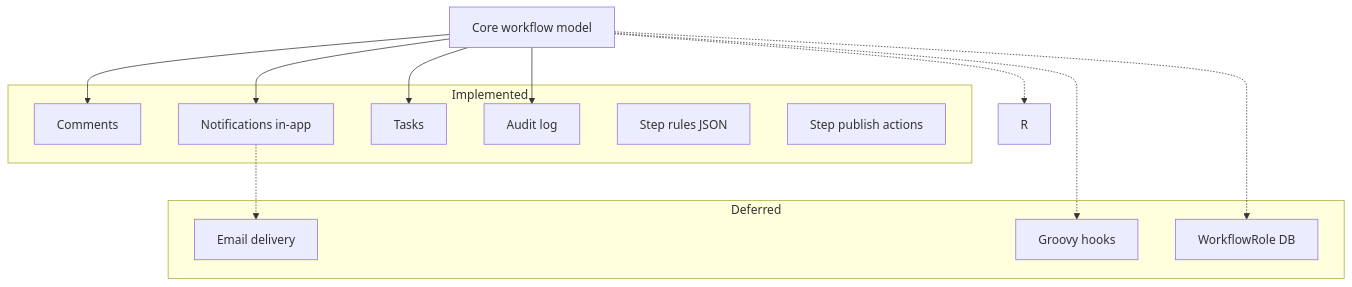
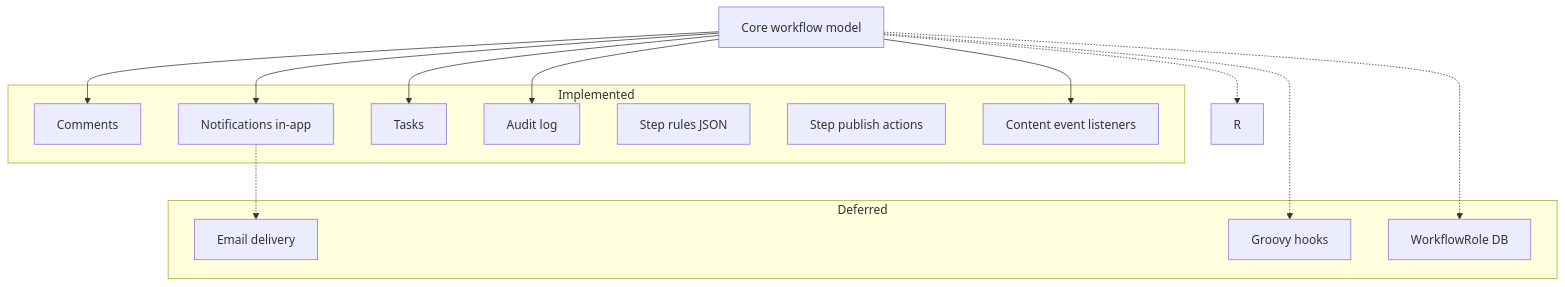
Before and after one commit to russdanner/plugin-studio-workflow: the diagram in docs/EXTENSIONS.md, drawn with Mermaid. The commit also changed other lines of this file and 75 other files, not shown here.

````diff
--- a/docs/EXTENSIONS.md
+++ b/docs/EXTENSIONS.md
@@ -16,26 +18,28 @@
 ```mermaid
 flowchart TB
     subgraph Implemented["Implemented"]
         CM[Comments]
         N[Notifications in-app]
         T[Tasks]
         A[Audit log]
         SR[Step rules JSON]
         SA[Step publish actions]
+        EL[Content event listeners]
     end
 
     subgraph Deferred["Deferred"]
         E[Email delivery]
         H[Groovy hooks]
         WR[WorkflowRole DB]
     end
 
     CORE[Core workflow model] --> CM
     CORE --> N
     CORE --> T
     CORE --> A
+    CORE --> EL
     N -.-> E
     CORE -.-> H
     CORE -.-> R
     CORE -.-> WR
 ```
````
